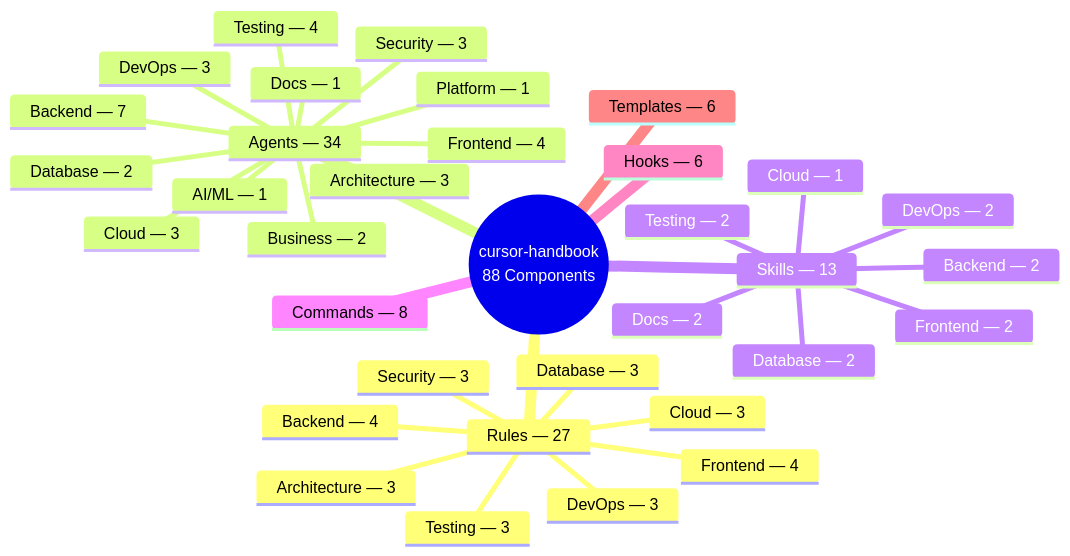
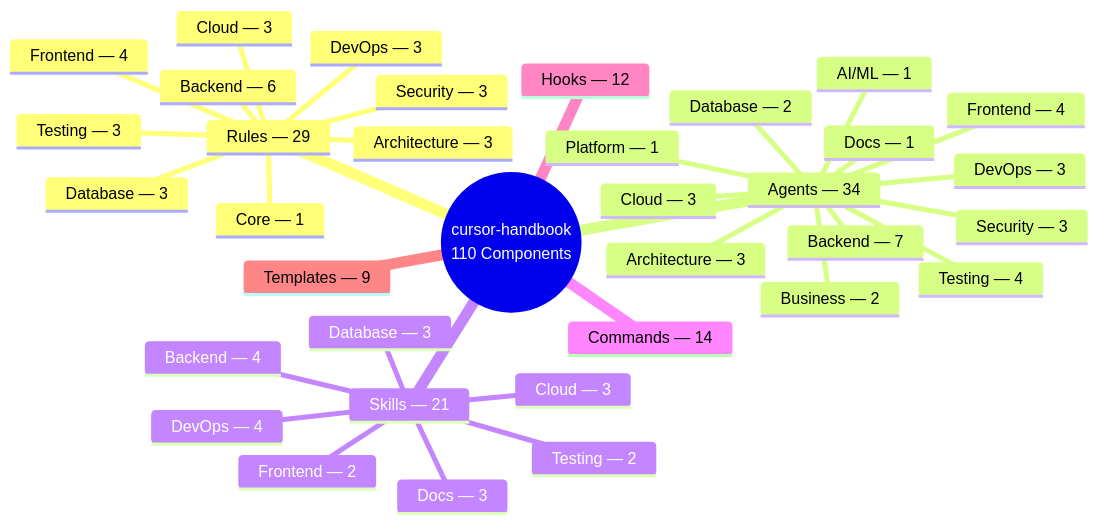
The second of 11 diagrams in README.md (girijashankarj/cursor-handbook), drawn with Mermaid before and after one commit. The commit also changed other lines of this file and 173 other files, not shown here.

````diff
--- a/README.md
+++ b/README.md
@@ -84,37 +157,38 @@
 ```mermaid
 mindmap
-  root((cursor-handbook<br/>88 Components))
-    Rules — 27
+  root((cursor-handbook<br/>110 Components))
+    Rules — 29
       Architecture — 3
-      Backend — 4
+      Backend — 6
       Frontend — 4
       Security — 3
       Database — 3
       Cloud — 3
       Testing — 3
       DevOps — 3
+      Core — 1
     Agents — 34
       Architecture — 3
       Backend — 7
       Frontend — 4
       Testing — 4
       Database — 2
       Security — 3
       Cloud — 3
       DevOps — 3
       Business — 2
       AI/ML — 1
       Docs — 1
       Platform — 1
-    Skills — 13
-      Backend — 2
+    Skills — 21
+      Backend — 4
       Frontend — 2
       Testing — 2
-      Database — 2
-      Cloud — 1
-      DevOps — 2
-      Docs — 2
-    Commands — 8
-    Hooks — 6
-    Templates — 6
+      Database — 3
+      Cloud — 3
+      DevOps — 4
+      Docs — 3
+    Commands — 14
+    Hooks — 12
+    Templates — 9
 ```
````
